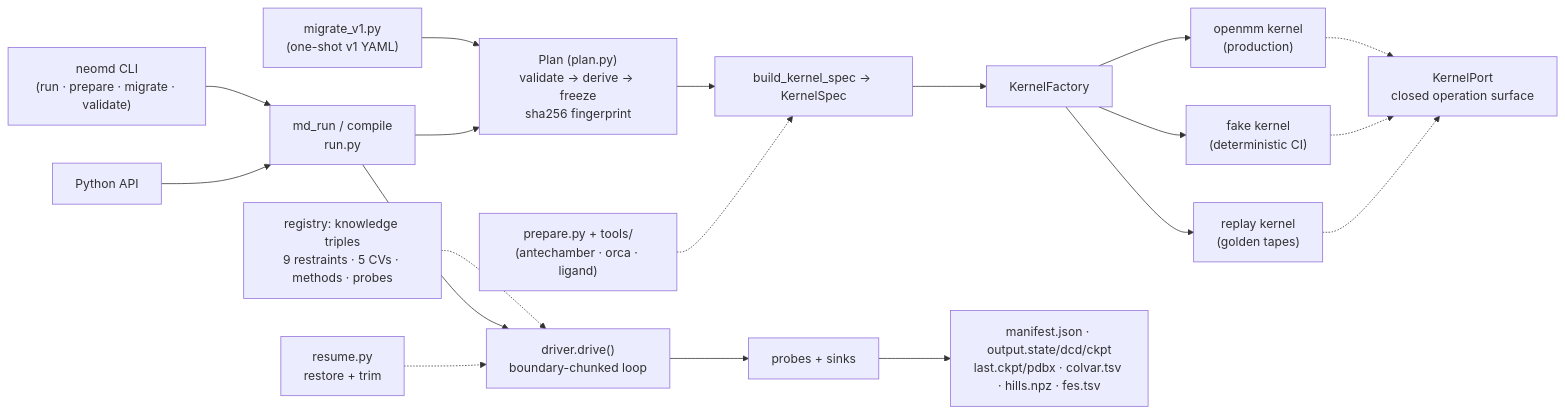
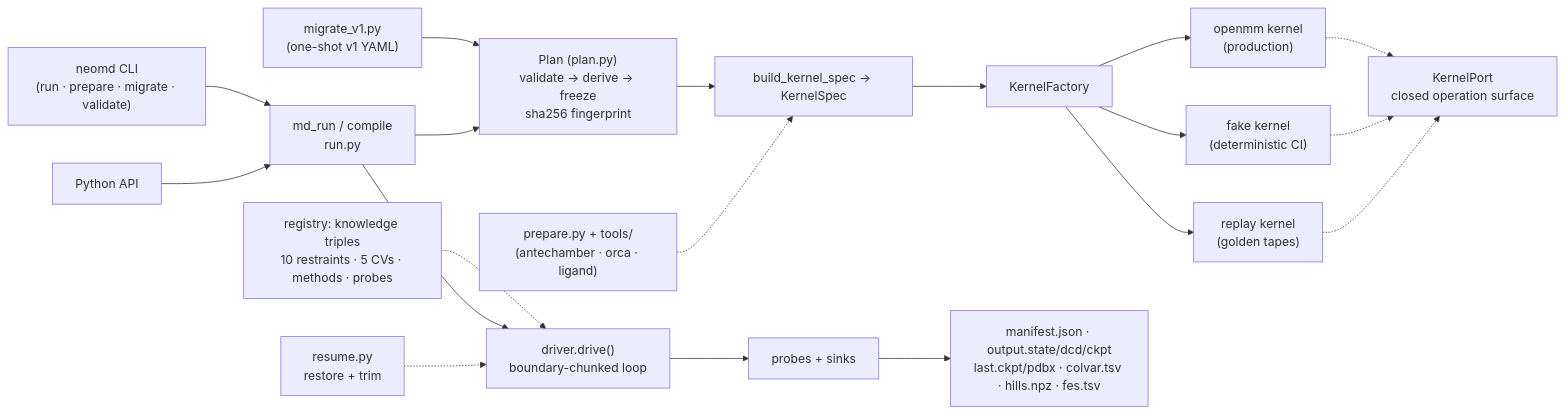
The diagram in README.md (NeoBinder/NeoDynamics), drawn with Mermaid before and after one commit. The commit also changed other lines of this file and 23 other files, not shown here.

````diff
--- a/README.md
+++ b/README.md
@@ -164,17 +164,17 @@
 ```mermaid
 flowchart LR
     CLI["neomd CLI<br/>(run · prepare · migrate · validate)"] --> MR["md_run / compile<br/>run.py"]
     PY["Python API"] --> MR
     MV["migrate_v1.py<br/>(one-shot v1 YAML)"] --> PL["Plan (plan.py)<br/>validate → derive → freeze<br/>sha256 fingerprint"]
     MR --> PL --> KS["build_kernel_spec → KernelSpec"]
     KS --> FAC["KernelFactory"]
     FAC --> OM["openmm kernel<br/>(production)"]
     FAC --> FK["fake kernel<br/>(deterministic CI)"]
     FAC --> RP["replay kernel<br/>(golden tapes)"]
     OM & FK & RP -.-> PORT["KernelPort<br/>closed operation surface"]
-    REG["registry: knowledge triples<br/>9 restraints · 5 CVs · methods · probes"] -.-> DRV
+    REG["registry: knowledge triples<br/>10 restraints · 5 CVs · methods · probes"] -.-> DRV
     MR --> DRV["driver.drive()<br/>boundary-chunked loop"]
     RES["resume.py<br/>restore + trim"] -.-> DRV
     DRV --> PRB["probes + sinks"] --> ART["manifest.json · output.state/dcd/ckpt<br/>last.ckpt/pdbx · colvar.tsv · hills.npz · fes.tsv"]
     PRE["prepare.py + tools/<br/>(antechamber · orca · ligand)"] -.-> KS
 ```
````
